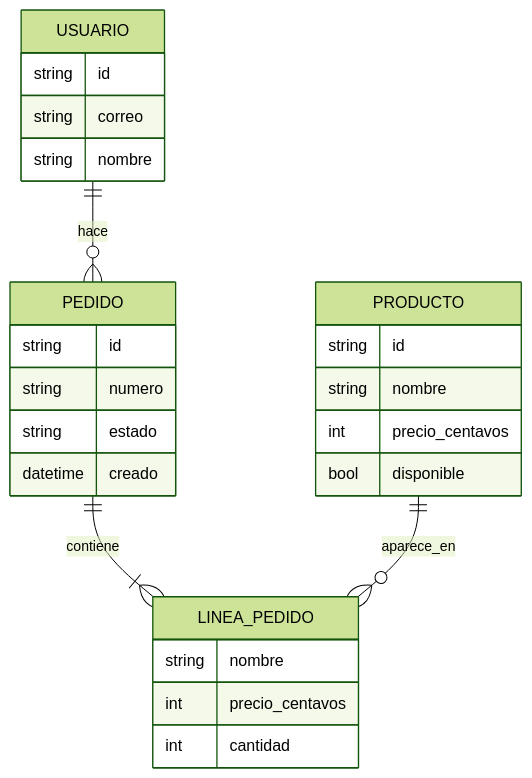
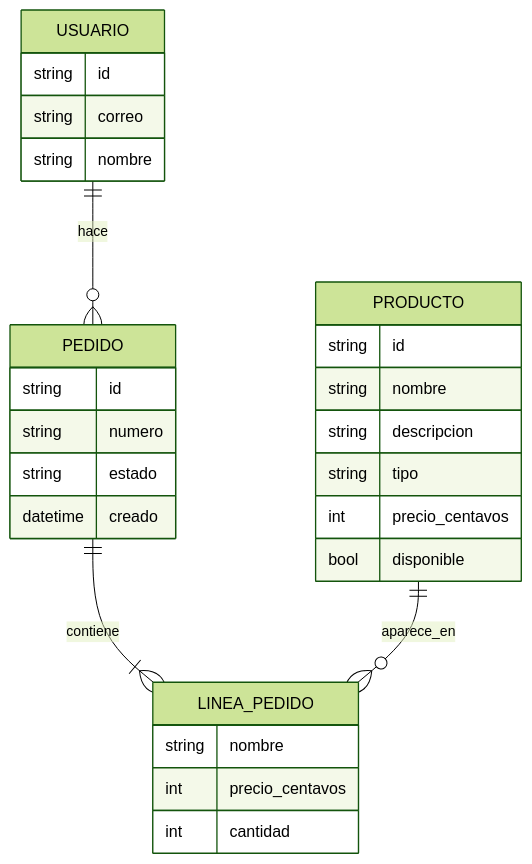
The diagram in docs/05-datos.md (DMI-2026/cafeteria_utez), drawn with Mermaid (forest theme) before and after one commit. The commit also changed other lines of this file, not shown here.

Commit message:
docs: documentar M-06 descripcion y tipo de producto en el modelo de datos

````diff
--- a/docs/05-datos.md
+++ b/docs/05-datos.md
@@ -18,30 +19,32 @@
 ```mermaid
 erDiagram
   accTitle: ERD de la Cafetería de la UTEZ
   accDescr: Un usuario hace pedidos; cada pedido contiene líneas; cada línea corresponde a un producto.
   USUARIO ||--o{ PEDIDO : hace
   PEDIDO ||--|{ LINEA_PEDIDO : contiene
   PRODUCTO ||--o{ LINEA_PEDIDO : aparece_en
   USUARIO {
     string id
     string correo
     string nombre
   }
   PRODUCTO {
     string id
     string nombre
+    string descripcion
+    string tipo
     int precio_centavos
     bool disponible
   }
   PEDIDO {
     string id
     string numero
     string estado
     datetime creado
   }
   LINEA_PEDIDO {
     string nombre
     int precio_centavos
     int cantidad
   }
 ```
````
